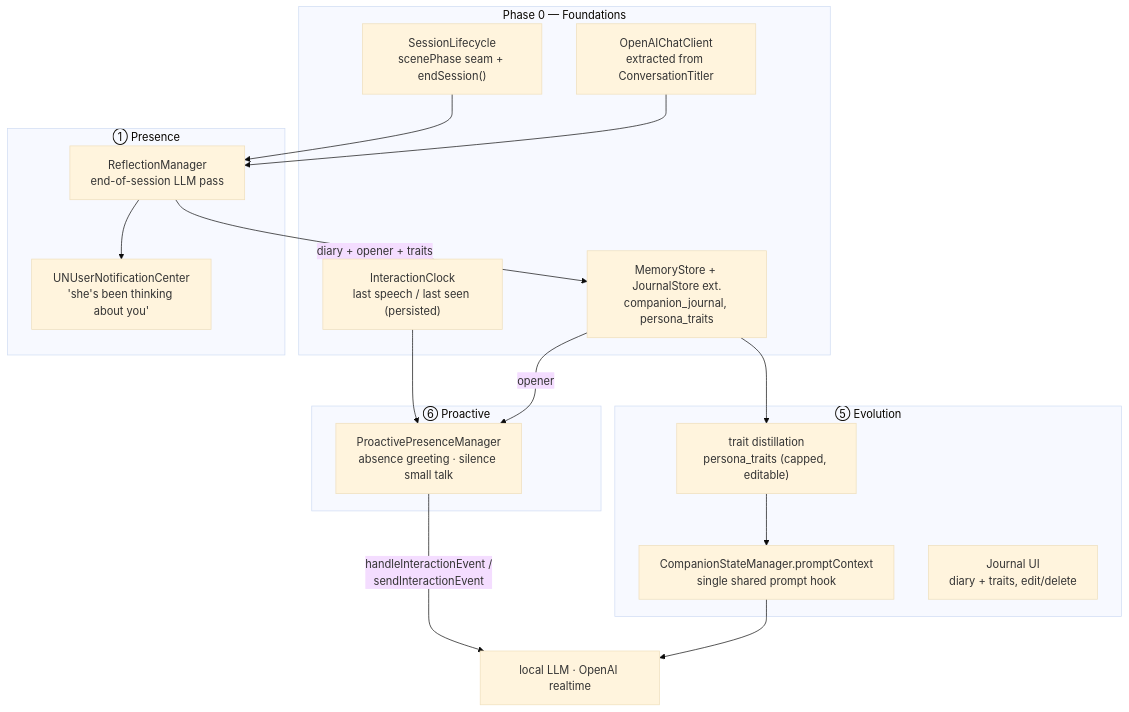
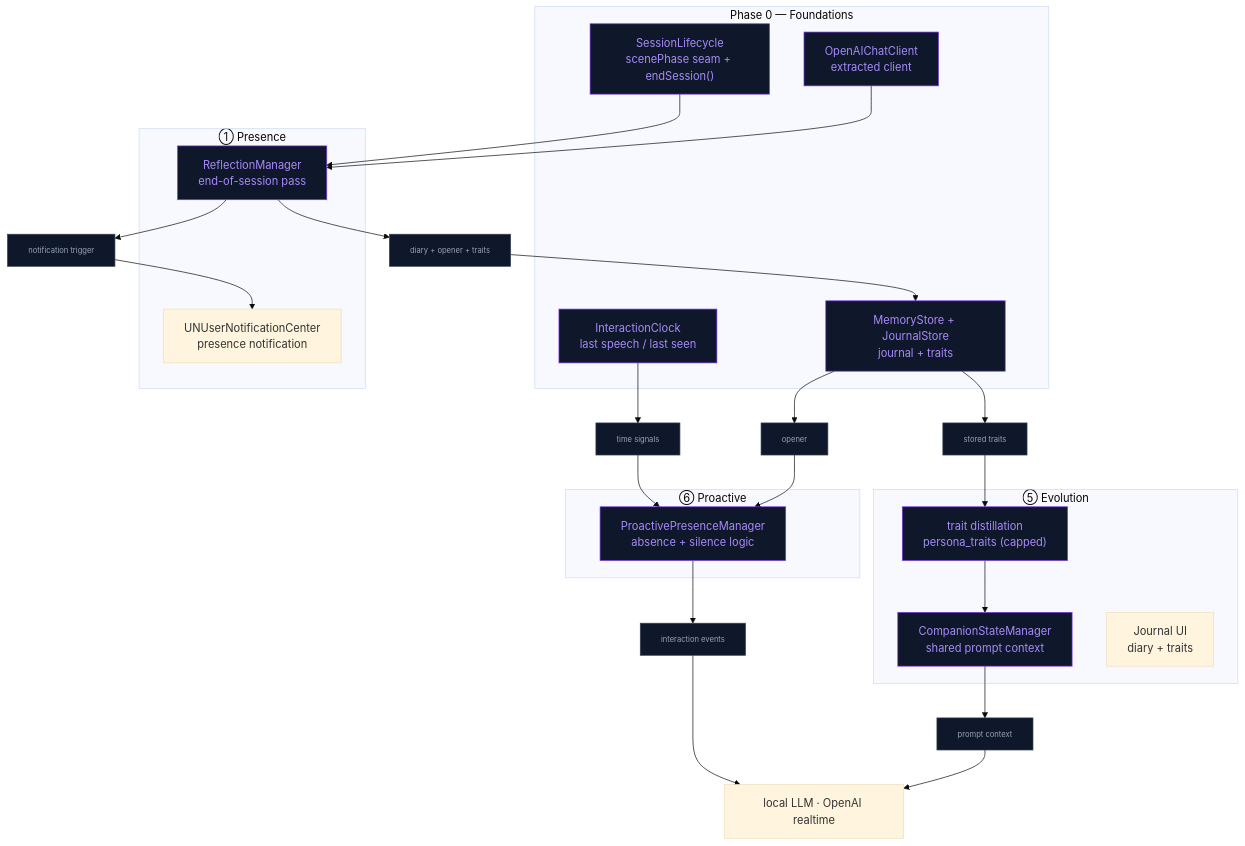
The diagram in docs/LIVING_COMPANION_PLAN.md (kevinliddel/NeuraLink), drawn with Mermaid (base theme) before and after one commit. The commit also changed 2 other files, not shown here.

Commit message:
chore: plannify new improvement for better user experience

````diff
--- a/docs/LIVING_COMPANION_PLAN.md
+++ b/docs/LIVING_COMPANION_PLAN.md
@@ -15,34 +15,62 @@
 ```mermaid
 flowchart TD
-    subgraph P0 [Phase 0 — Foundations]
+    %% =======================
+    %% Phase 0 — Foundations
+    %% =======================
+    subgraph P0["Phase 0 — Foundations"]
         LC["SessionLifecycle<br/>scenePhase seam + endSession()"]
-        CLK["InteractionClock<br/>last speech / last seen (persisted)"]
-        SQL["MemoryStore + JournalStore ext.<br/>companion_journal, persona_traits"]
-        HTTP["OpenAIChatClient<br/>extracted from ConversationTitler"]
+        CLK["InteractionClock<br/>last speech / last seen"]
+        SQL["MemoryStore + JournalStore<br/>journal + traits"]
+        HTTP["OpenAIChatClient<br/>extracted client"]
     end
 
-    subgraph P1a [① Presence]
-        REFL["ReflectionManager<br/>end-of-session LLM pass"]
-        NOTIF["UNUserNotificationCenter<br/>'she's been thinking about you'"]
+    %% =======================
+    %% Phase 1a — Presence
+    %% =======================
+    subgraph P1a["① Presence"]
+        REFL["ReflectionManager<br/>end-of-session pass"]
+        NOTIF["UNUserNotificationCenter<br/>presence notification"]
     end
 
-    subgraph P1b [⑤ Evolution]
-        TRAITS["trait distillation<br/>persona_traits (capped, editable)"]
-        CSM["CompanionStateManager.promptContext<br/>single shared prompt hook"]
-        JUI["Journal UI<br/>diary + traits, edit/delete"]
+    %% =======================
+    %% Phase 1b — Evolution
+    %% =======================
+    subgraph P1b["⑤ Evolution"]
+        TRAITS["trait distillation<br/>persona_traits (capped)"]
+        CSM["CompanionStateManager<br/>shared prompt context"]
+        JUI["Journal UI<br/>diary + traits"]
     end
 
-    subgraph P1c [⑥ Proactive]
-        PPM["ProactivePresenceManager<br/>absence greeting · silence small talk"]
+    %% =======================
+    %% Phase 1c — Proactive
+    %% =======================
+    subgraph P1c["⑥ Proactive"]
+        PPM["ProactivePresenceManager<br/>absence + silence logic"]
     end
 
+    %% =======================
+    %% Flow
+    %% =======================
     LC --> REFL
     HTTP --> REFL
-    REFL -->|diary + opener + traits| SQL
-    REFL --> NOTIF
-    SQL --> TRAITS --> CSM
-    CLK --> PPM
-    SQL -->|opener| PPM
-    PPM -->|handleInteractionEvent /<br/>sendInteractionEvent| ENGINES["local LLM · OpenAI realtime"]
-    CSM --> ENGINES
+
+    REFL --> D1["diary + opener + traits"] --> SQL
+    REFL --> D2["notification trigger"] --> NOTIF
+
+    SQL --> D3["stored traits"] --> TRAITS --> CSM
+    SQL --> D4["opener"] --> PPM
+
+    CLK --> D5["time signals"] --> PPM
+
+    PPM --> D6["interaction events"] --> ENGINES["local LLM · OpenAI realtime"]
+    CSM --> D7["prompt context"] --> ENGINES
+
+    %% =======================
+    %% Styles
+    %% =======================
+    classDef core fill:#0f172a,stroke:#7c3aed,color:#a78bfa
+    classDef data fill:#0f172a,stroke:#334155,color:#94a3b8,font-size:11px
+
+    class LC,CLK,SQL,HTTP,REFL,TRAITS,CSM,PPM core
+    class D1,D2,D3,D4,D5,D6,D7 data
 ```
````
